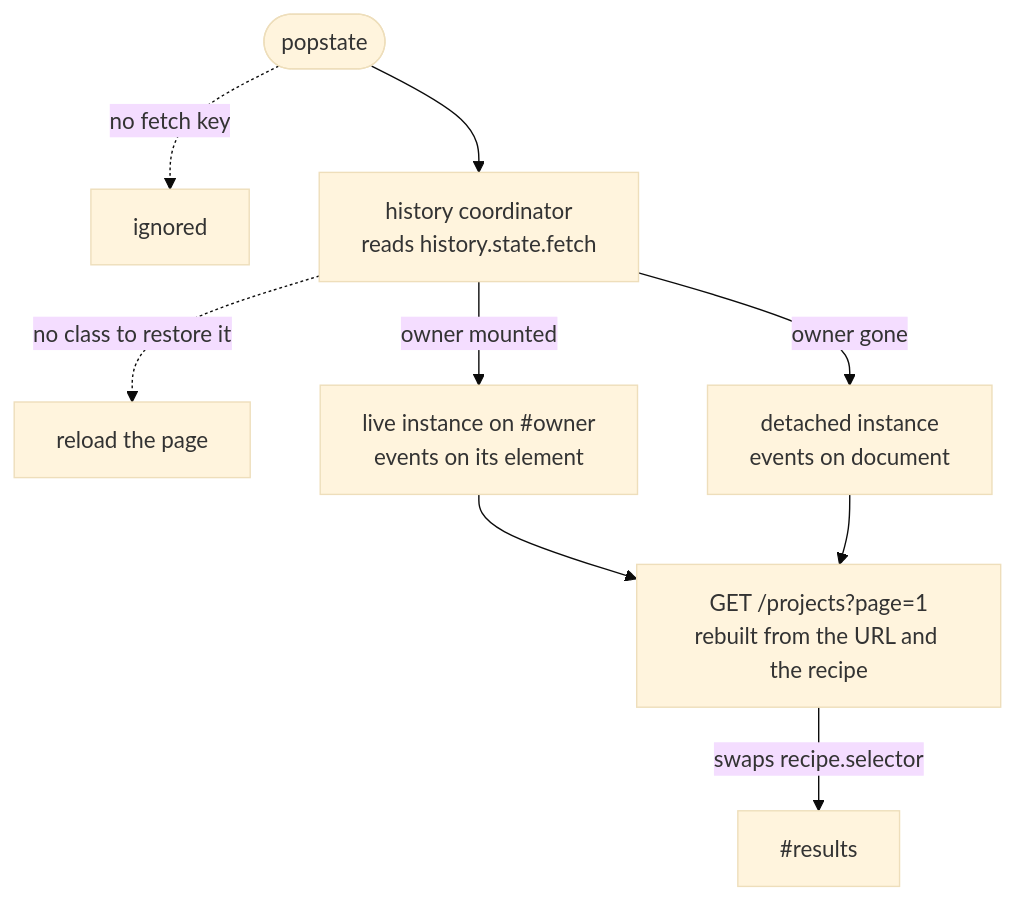
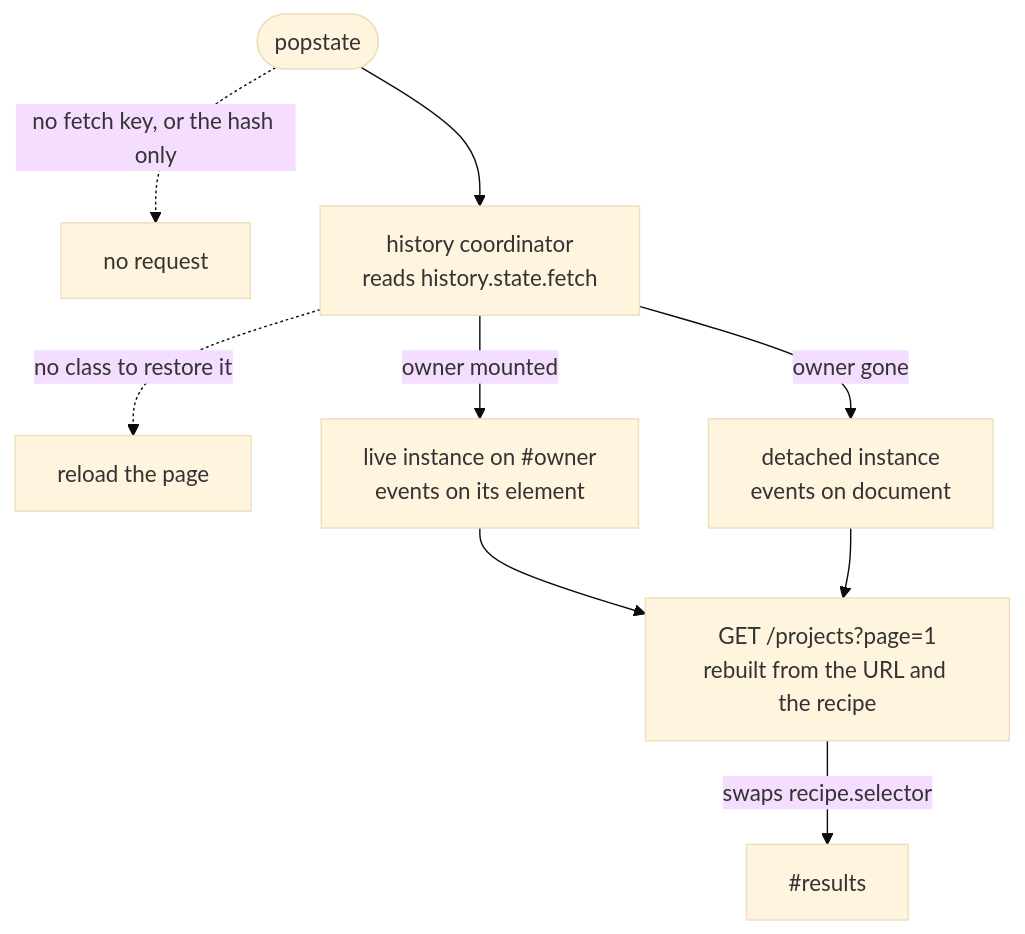
One commit to studiometa/ui changed the diagram in packages/docs/reference/items/Fetch/index.md. Above: the diagram before and after it, drawn with Mermaid (base theme). The commit also changed other lines of this file and 5 other files, not shown here.

First line of the commit message:
fix(fetch): send no request on back to an anchor of the page

````diff
--- a/packages/docs/reference/items/Fetch/index.md
+++ b/packages/docs/reference/items/Fetch/index.md
@@ -98,11 +98,11 @@
 ```mermaid
 flowchart TB
-  p([popstate]) -. no fetch key .-> i[ignored]
+  p([popstate]) -. no fetch key, or the hash only .-> i[no request]
   p --> c["history coordinator<br>reads history.state.fetch"]
   c -. no class to restore it .-> r[reload the page]
   c -- owner mounted --> live["live instance on #owner<br>events on its element"]
   c -- owner gone --> detached["detached instance<br>events on document"]
   live --> g["GET /projects?page=1<br>rebuilt from the URL and the recipe"]
   detached --> g
   g -- swaps recipe.selector --> d["#results"]
 ```
````
